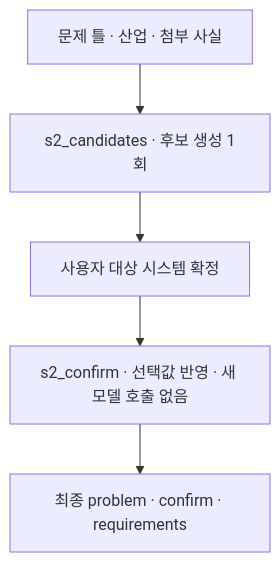
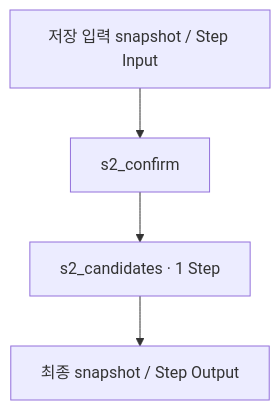
One commit to equipment0226/triz_backend changed the diagram in docs/sample-data/rotation-serial-latest/stages/04-s2-confirm.md. Above: the diagram before and after it, drawn with Mermaid. The commit also changed other lines of this file and 1606 other files, not shown here.

````diff
--- a/docs/sample-data/rotation-serial-latest/stages/04-s2-confirm.md
+++ b/docs/sample-data/rotation-serial-latest/stages/04-s2-confirm.md
@@ -9,7 +12,6 @@
 ```mermaid
 flowchart TD
-    I["문제 틀 · 산업 · 첨부 사실"] --> C["s2_candidates · 후보 생성 1회"]
-    C --> H["사용자 대상 시스템 확정"]
-    H --> R["s2_confirm · 선택값 반영 · 새 모델 호출 없음"]
-    R --> O["최종 problem · confirm · requirements"]
+    I["저장 입력 snapshot / Step Input"] --> S["s2_confirm"]
+    S --> P0["s2_candidates · 1 Step"]
+    P0 --> O["최종 snapshot / Step Output"]
 ```
````
